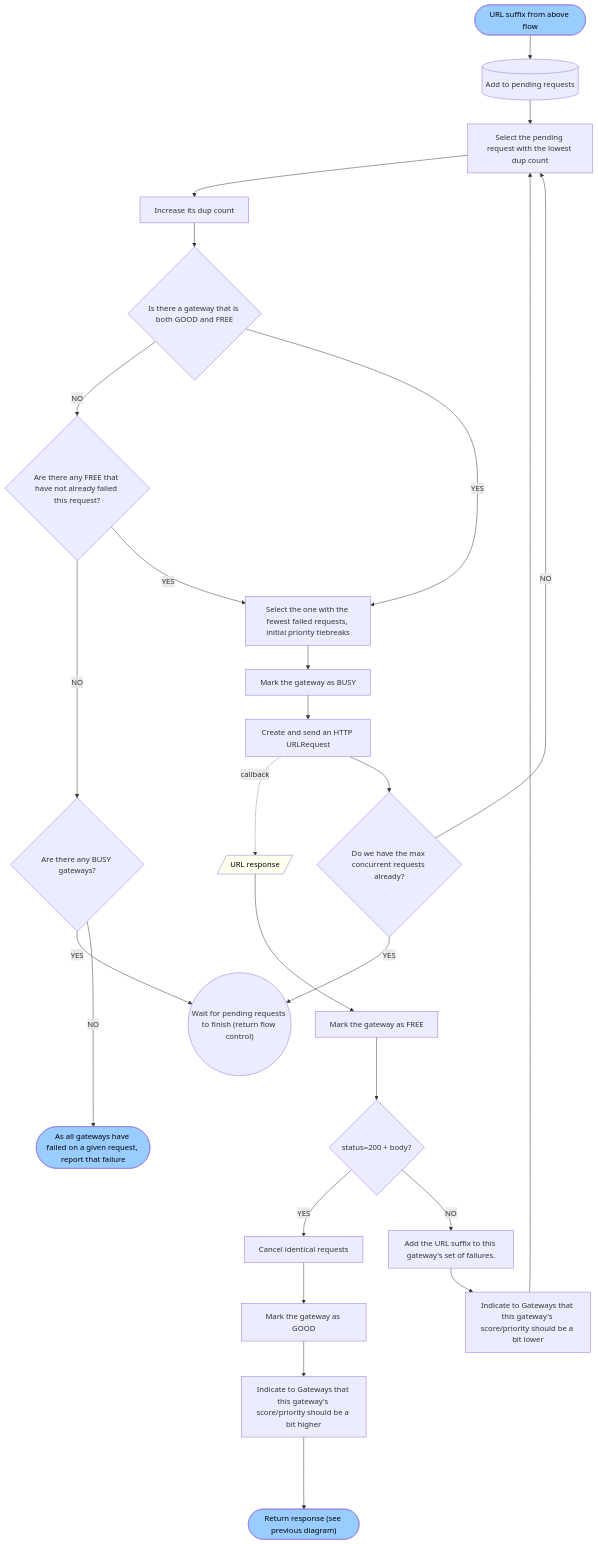
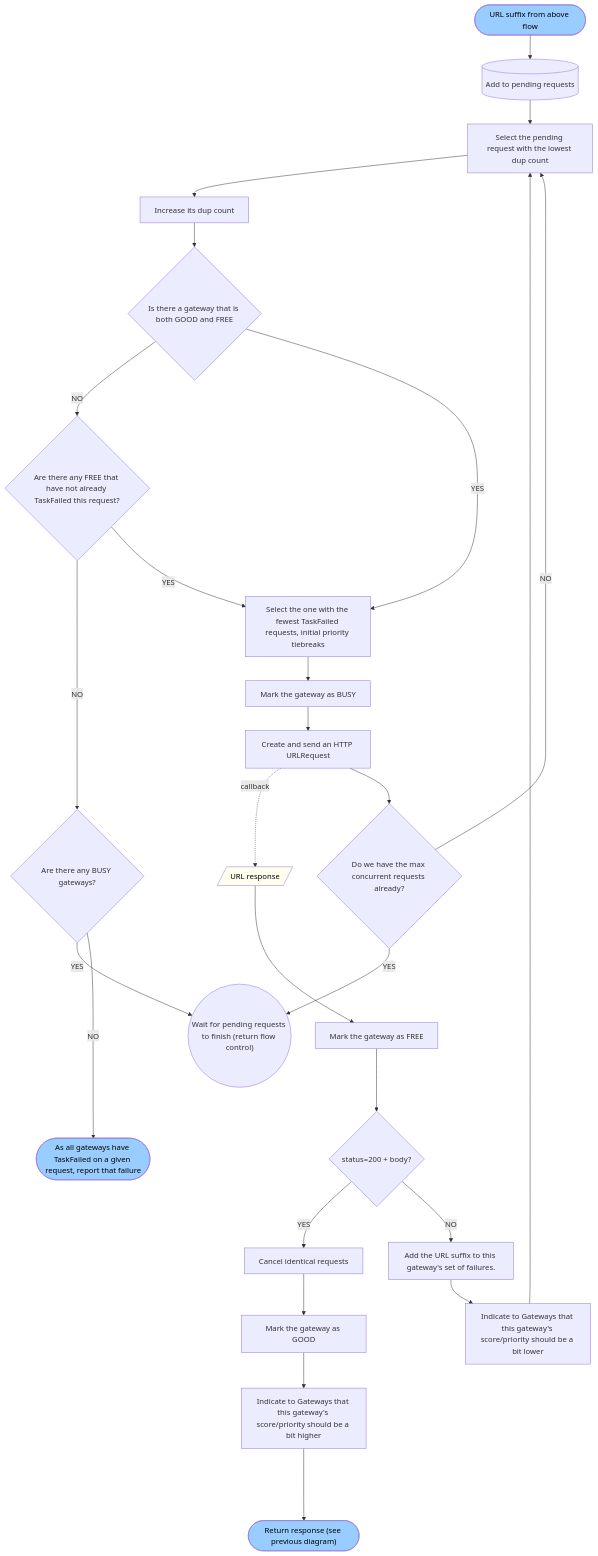
The second of 3 diagrams in DESIGN.md (little-bear-labs/ipfs-chromium), drawn with Mermaid before and after one commit. The commit also changed other lines of this file and 17 other files, not shown here.

````diff
--- a/DESIGN.md
+++ b/DESIGN.md
@@ -84,27 +84,27 @@
 ```mermaid
 graph TD;
     start(["URL suffix from above flow"]) --> add[("Add to pending requests")]
     style start fill:#9CF,color:black
     add --> selreq["Select the pending request with the lowest dup count"] --> incdup["Increase its dup count"] 
     incdup --> goodfree{"Is there a gateway that is both GOOD and FREE"} 
-    goodfree --NO--> badfree{"Are there any FREE that have not already failed this request?"} 
+    goodfree --NO--> badfree{"Are there any FREE that have not already TaskFailed this request?"} 
     badfree --NO--> anybusy{"Are there any BUSY gateways?"} 
     anybusy --YES--> wait(("Wait for pending requests to finish (return flow control)"))
-    badfree --YES--> selbf["Select the one with the fewest failed requests, initial priority tiebreaks"] 
+    badfree --YES--> selbf["Select the one with the fewest TaskFailed requests, initial priority tiebreaks"] 
     selbf --> mark_busy["Mark the gateway as BUSY"]
     goodfree --YES--> selbf
     mark_busy --> send["Create and send an HTTP URLRequest"]
     send -.callback.-> resp
     send --> conc{"Do we have the max concurrent requests already?"} --NO--> selreq
     conc --YES--> wait
     resp[/"URL response"/] --> markfree["Mark the gateway as FREE"] --> success{"status=200 + body?"} 
     style resp fill:#FFE,color:black
     success --YES--> cancel["Cancel identical requests"] --> markgood["Mark the gateway as GOOD"] 
     markgood --> incprio["Indicate to Gateways that this gateway's score/priority should be a bit higher"] 
     incprio ----> successed(["Return response (see previous diagram)"])
     style successed fill:#9CF,color:black
     success --NO--> addbad["Add the URL suffix to this gateway's set of failures."] 
     addbad --> decprio[Indicate to Gateways that this gateway's score/priority should be a bit lower] --> selreq
-    anybusy --NO---> all_failed(["As all gateways have failed on a given request, report that failure"])
+    anybusy --NO---> all_failed(["As all gateways have TaskFailed on a given request, report that failure"])
     style all_failed fill:#9CF,color:black
  ```
````
